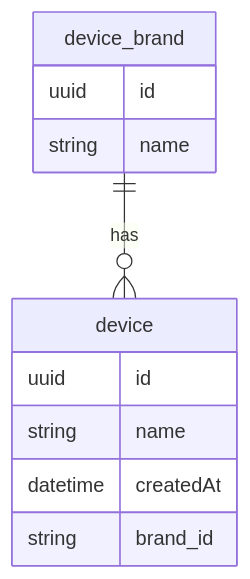
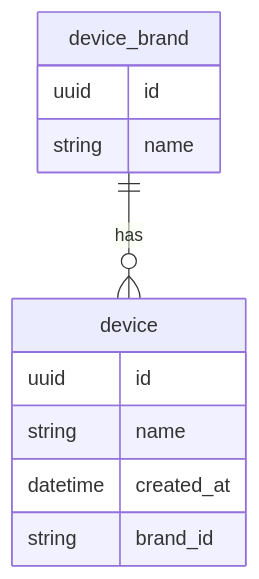
The diagram in README.md (kasymbayaman/device-app), drawn with Mermaid before and after one commit. The commit also changed other lines of this file and 8 other files, not shown here.

````diff
--- a/README.md
+++ b/README.md
@@ -23,16 +23,16 @@
 ```mermaid
 erDiagram
     device {
         uuid id
         string name
-        datetime createdAt
+        datetime created_at
         string brand_id
     }
 
     device_brand {
         uuid id
         string name
     }
     
     device_brand ||--o{ device : "has"
 ```
````
